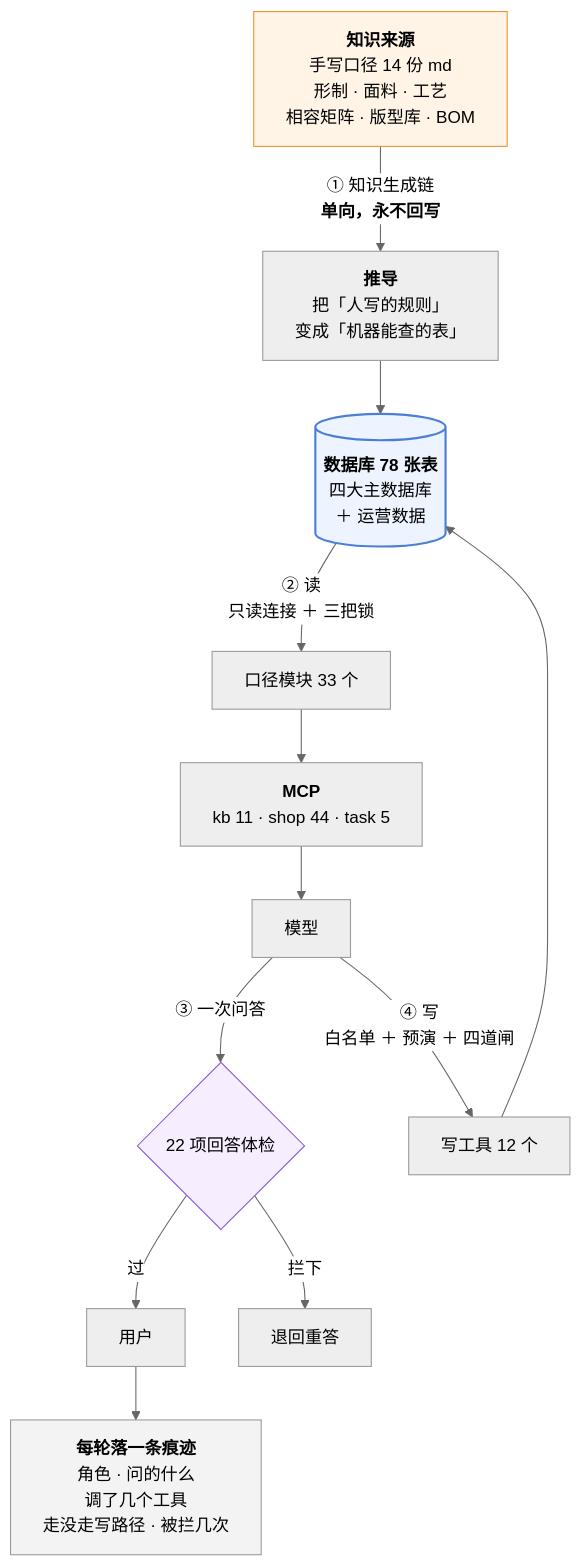
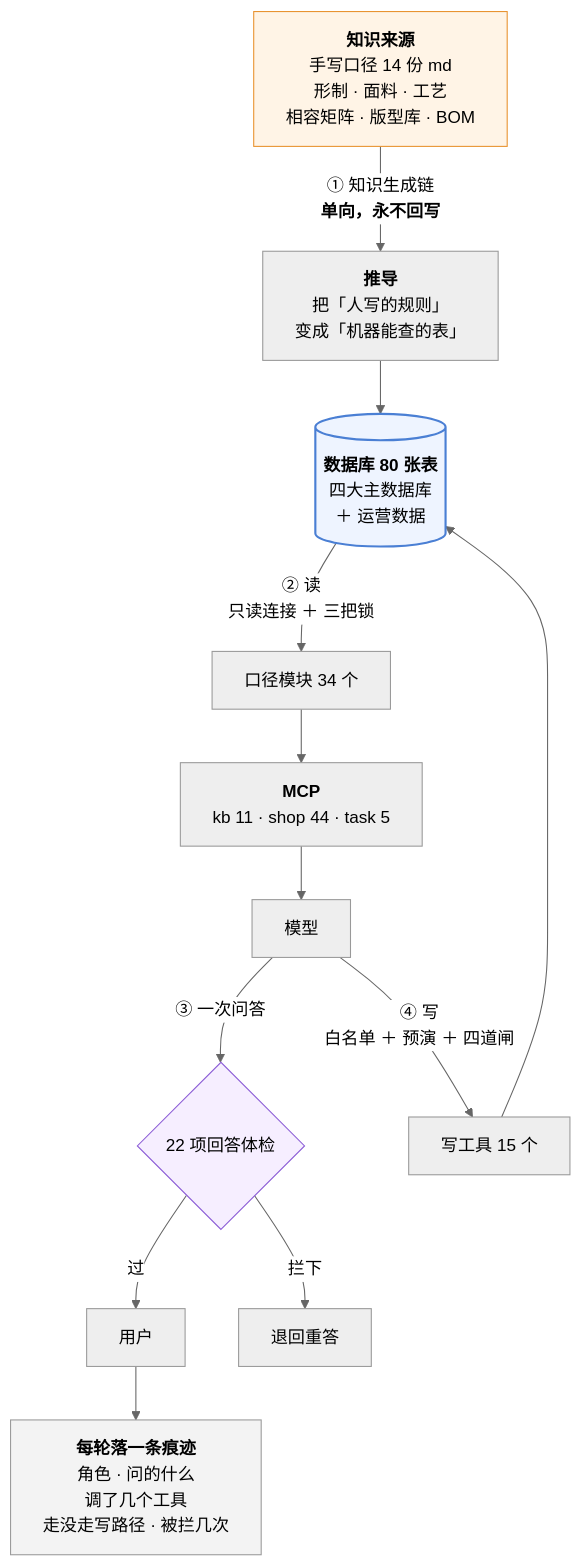
The third of 3 diagrams in 澜绣云裳agent-产品说明.md (843773296-rgb/lanxiu-yunshang-agent), drawn with Mermaid (neutral theme) before and after one commit. The commit also changed other lines of this file and 17 other files, not shown here.

````diff
--- a/澜绣云裳agent-产品说明.md
+++ b/澜绣云裳agent-产品说明.md
@@ -805,24 +805,24 @@
 ```mermaid
 flowchart TD
     MD["<b>知识来源</b><br/>手写口径 14 份 md<br/>形制 · 面料 · 工艺<br/>相容矩阵 · 版型库 · BOM"]
     MD -->|"① 知识生成链<br/><b>单向，永不回写</b>"| DV["<b>推导</b><br/>把「人写的规则」<br/>变成「机器能查的表」"]
-    DV --> DB[("<b>数据库 78 张表</b><br/>四大主数据库<br/>＋ 运营数据")]
+    DV --> DB[("<b>数据库 80 张表</b><br/>四大主数据库<br/>＋ 运营数据")]
 
-    DB -->|"② 读<br/>只读连接 ＋ 三把锁"| KJ["口径模块 33 个"]
+    DB -->|"② 读<br/>只读连接 ＋ 三把锁"| KJ["口径模块 34 个"]
     KJ --> MCP["<b>MCP</b><br/>kb 11 · shop 44 · task 5"]
     MCP --> LLM["模型"]
 
     LLM -->|"③ 一次问答"| GD{"22 项回答体检"}
     GD -- 过 --> U["用户"]
     GD -- 拦下 --> RE["退回重答"]
 
-    LLM -->|"④ 写<br/>白名单 ＋ 预演 ＋ 四道闸"| W["写工具 12 个"]
+    LLM -->|"④ 写<br/>白名单 ＋ 预演 ＋ 四道闸"| W["写工具 15 个"]
     W --> DB
 
     U --> TR["<b>每轮落一条痕迹</b><br/>角色 · 问的什么<br/>调了几个工具<br/>走没走写路径 · 被拦几次"]
 
     style MD fill:#fff4e6,stroke:#e8912d
     style DB fill:#eef4ff,stroke:#4a7fd4,stroke-width:2px
     style GD fill:#f6eeff,stroke:#8b5cd6
     style TR fill:#f3f3f3,stroke:#999
 ```
````
